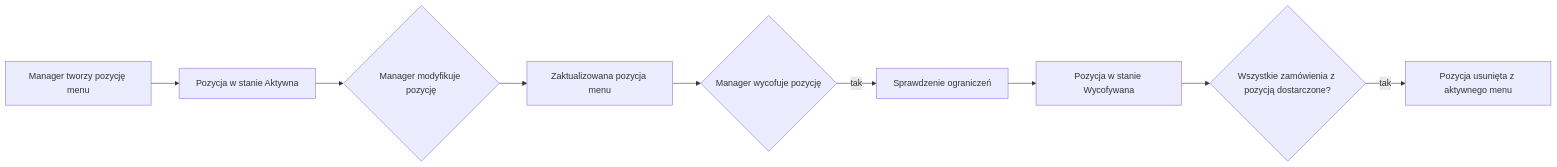
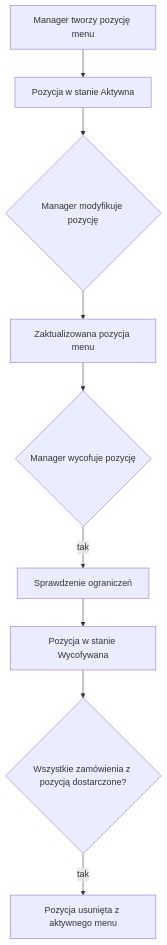
One commit to mmalessa/pizzeria changed the diagram in doc/253_menu_management.md. Above: the diagram before and after it, drawn with Mermaid. The commit also changed 9 other files, not shown here.

Commit message:
Convert Mermaid diagrams to top-down flow for better readability

````diff
--- a/doc/253_menu_management.md
+++ b/doc/253_menu_management.md
@@ -29,13 +29,13 @@
 ```mermaid
-flowchart LR
+flowchart TD
 
 A[Manager tworzy pozycję menu]
 --> B[Pozycja w stanie Aktywna]
 --> C{Manager modyfikuje pozycję}
 --> D[Zaktualizowana pozycja menu]
 --> E{Manager wycofuje pozycję}
 -->|tak| F[Sprawdzenie ograniczeń]
 --> G[Pozycja w stanie Wycofywana]
 --> H{Wszystkie zamówienia z pozycją dostarczone?}
 -->|tak| I[Pozycja usunięta z aktywnego menu]
 ```
````
